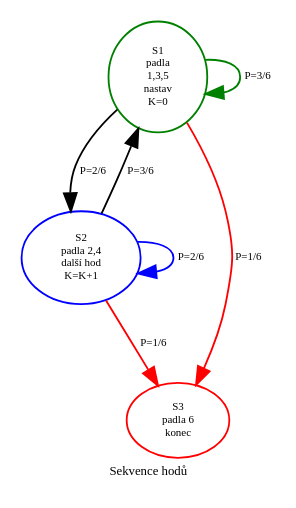
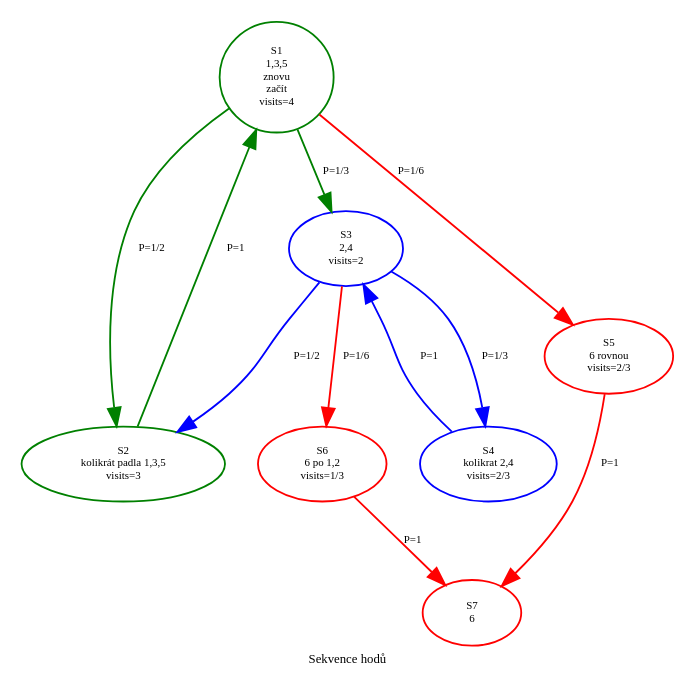
Before and after one commit to Pulpanj/s1_nahoda_chaos: the diagram in posts/p15_skalovani/sestka_po_sudych.dot, drawn with Graphviz. The commit also changed 10 other files, not shown here.

```diff
--- a/posts/p15_skalovani/sestka_po_sudych.dot
+++ b/posts/p15_skalovani/sestka_po_sudych.dot
@@ -1,17 +1,25 @@
 digraph blechy {
     rankdir = TB;
     fontsize=7;
     node [fontsize=6 size=3];
     edge [fontsize=6];
-    1[label="S1\npadla\n1,3,5\nnastav\nK=0";color=green];
-    2[label="S2\npadla 2,4\ndalší hod\nK=K+1"color=blue];
-    6[label="S3\npadla 6\nkonec" color=red];
+    S1[label="S1\n1,3,5\nznovu\nzačít\n visits=4" color=green];
+    S2[label="S2\nkolikrát padla 1,3,5\n visits=3" color=green];
+    S3[label="S3\n2,4\n visits=2"; color=blue];
+    S4[label="S4\nkolikrat 2,4\n visits=2/3"; color=blue];
+    S5[label="S5\n6 rovnou\n visits=2/3"; color=red];
+    S6[label="S6\n6 po 1,2\n visits=1/3"; color=red];
+    S7[label="S7\n6"; color=red];
 
-    2->2[label="P=2/6" color=blue];
-    2  -> 6[label="P=1/6" color=red];
-    2  -> 1[label="P=3/6"];
-    1->1[label="P=3/6";color=green];
-    1->2[label="P=2/6"];
-    1->6[label="P=1/6" color=red];
+    S1  -> S2[label="P=1/2";color=green];
+    S2  -> S1[label="P=1" color=green];
+    S1  -> S3[label="P=1/3" color=green];
+    S3  -> S4[label="P=1/3" color=blue];
+    S3  -> S2[label="P=1/2" color=blue];
+    S4->S3[label="P=1";color=blue];
+    S1->S5[label="P=1/6"; color=red];
+    S3->S6[label="P=1/6"; color=red];
+    S5->S7[label="P=1"; color=red];
+    S6->S7[label="P=1";color=red];
     label = "Sekvence hodů";
 }
```
